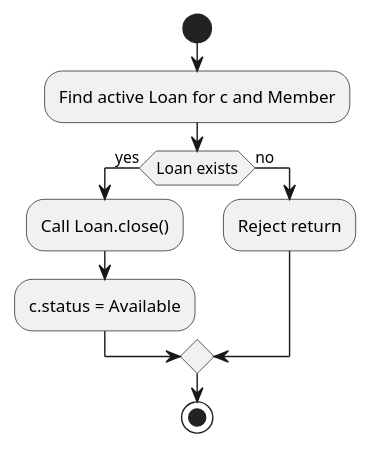
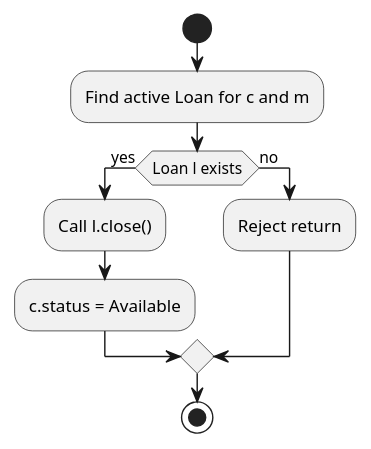
One commit to scx-othr/MoProCo-evaluation changed the diagram in library/classical-uml/return-copy.puml. Above: the diagram before and after it, drawn with PlantUML. The commit also changed 1 other file, not shown here.

Commit message:
Update activity diagrams of library

```diff
--- a/library/classical-uml/return-copy.puml
+++ b/library/classical-uml/return-copy.puml
@@ -1,13 +1,13 @@
 @startuml
 start
-:Find active Loan for c and Member;
+:Find active Loan for c and m;
 
-if (Loan exists) then (yes)
-  :Call Loan.close();
+if (Loan l exists) then (yes)
+  :Call l.close();
   :c.status = Available;
 else (no)
   :Reject return;
 endif
 
 stop
 @enduml
```
